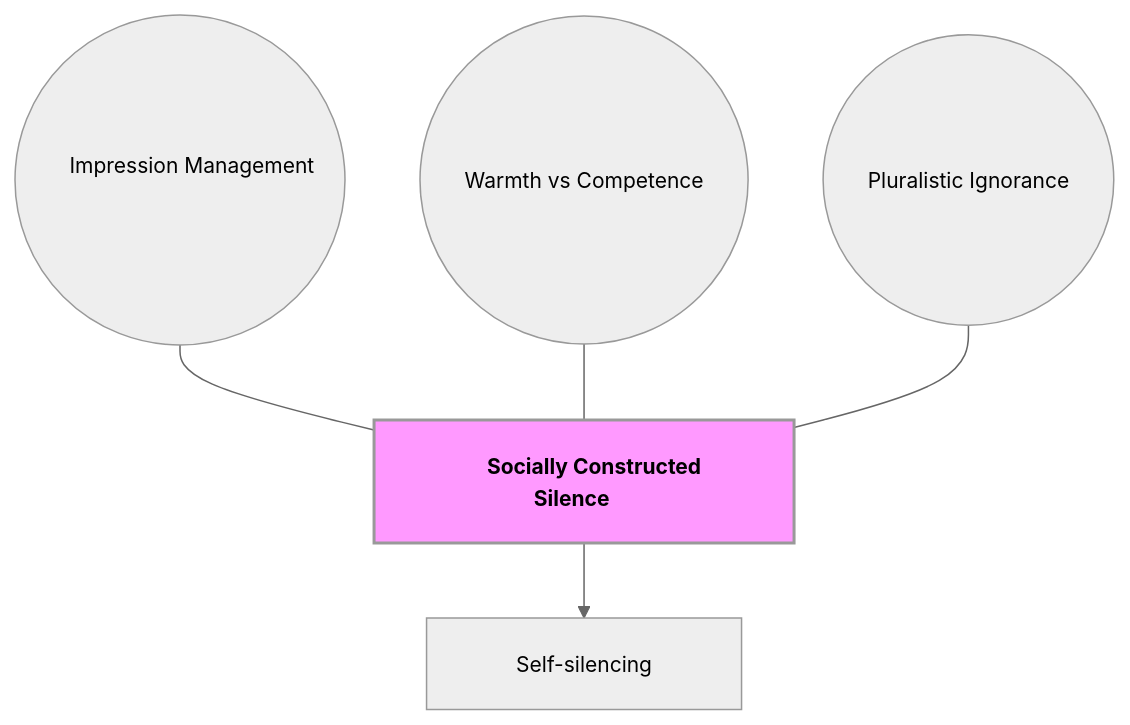
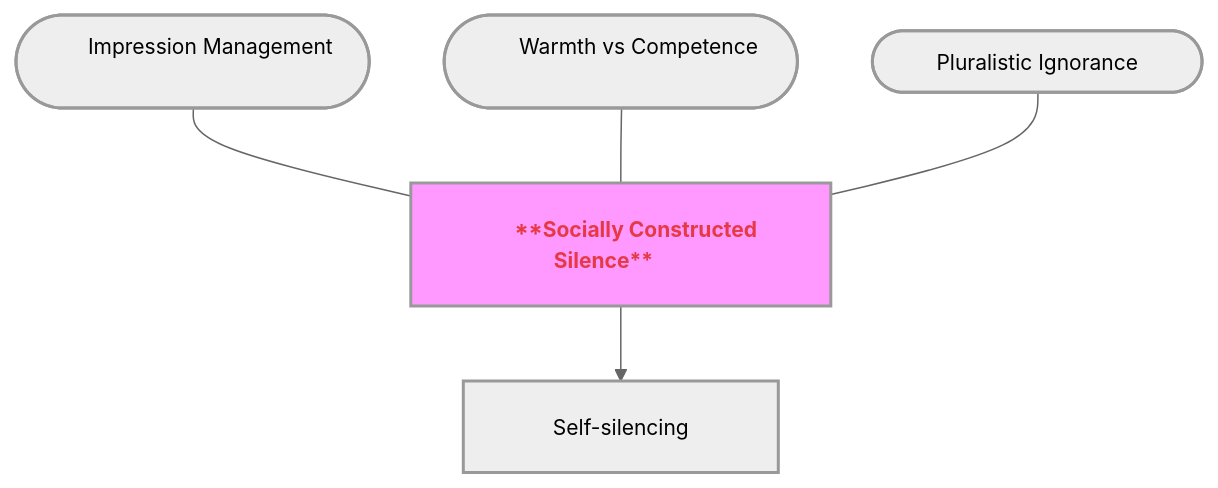
One commit to GM024/CourseSummaries changed the third of 8 diagrams in Communication_Influence/Mastery_Guide_SOW_BS033.md. Above: the diagram before and after it, drawn with Mermaid. The commit also changed other lines of this file, not shown here.

Commit message:
Final Structural Overhaul: GitHub-optimized diagrams, red-bold verbatim nodes, and 150w+ descriptive APA notes

````diff
--- a/Communication_Influence/Mastery_Guide_SOW_BS033.md
+++ b/Communication_Influence/Mastery_Guide_SOW_BS033.md
@@ -116,13 +111,14 @@
 ```mermaid
 %%{init: { 'flowchart': { 'padding': 20, 'nodeSpacing': 50, 'rankSpacing': 50, 'useMaxWidth': false }, 'theme': 'neutral', 'themeVariables': { 'fontSize': '14px' }}}%%
 graph TD
-    Hub["&nbsp;&nbsp;&nbsp;&nbsp; Socially Constructed Silence &nbsp;&nbsp;&nbsp;&nbsp;"]:::hubNode
+    Hub["&nbsp;&nbsp;&nbsp;&nbsp;&nbsp;&nbsp; <span style='color:#e63946'>**Socially Constructed Silence**</span> &nbsp;&nbsp;&nbsp;&nbsp;&nbsp;&nbsp;"]:::hubNode
     
-    S1(("&nbsp;&nbsp;&nbsp;&nbsp; Impression Management &nbsp;&nbsp;&nbsp;&nbsp;")) --- Hub
-    S2(("&nbsp;&nbsp;&nbsp;&nbsp; Warmth vs Competence &nbsp;&nbsp;&nbsp;&nbsp;")) --- Hub
-    S3(("&nbsp;&nbsp;&nbsp;&nbsp; Pluralistic Ignorance &nbsp;&nbsp;&nbsp;&nbsp;")) --- Hub
+    S1(["&nbsp;&nbsp;&nbsp;&nbsp;&nbsp;&nbsp; Impression Management &nbsp;&nbsp;&nbsp;&nbsp;&nbsp;&nbsp;"]) --- Hub
+    S2(["&nbsp;&nbsp;&nbsp;&nbsp;&nbsp;&nbsp; Warmth vs Competence &nbsp;&nbsp;&nbsp;&nbsp;&nbsp;&nbsp;"]) --- Hub
+    S3(["&nbsp;&nbsp;&nbsp;&nbsp;&nbsp;&nbsp; Pluralistic Ignorance &nbsp;&nbsp;&nbsp;&nbsp;&nbsp;&nbsp;"]) --- Hub
     
     Hub --> B1["&nbsp;&nbsp;&nbsp;&nbsp; Self-silencing &nbsp;&nbsp;&nbsp;&nbsp;"]
     
     classDef hubNode font-weight:bold,stroke-width:2px,fill:#f9f;
+    classDef default stroke-width:2px;
 ```
````
